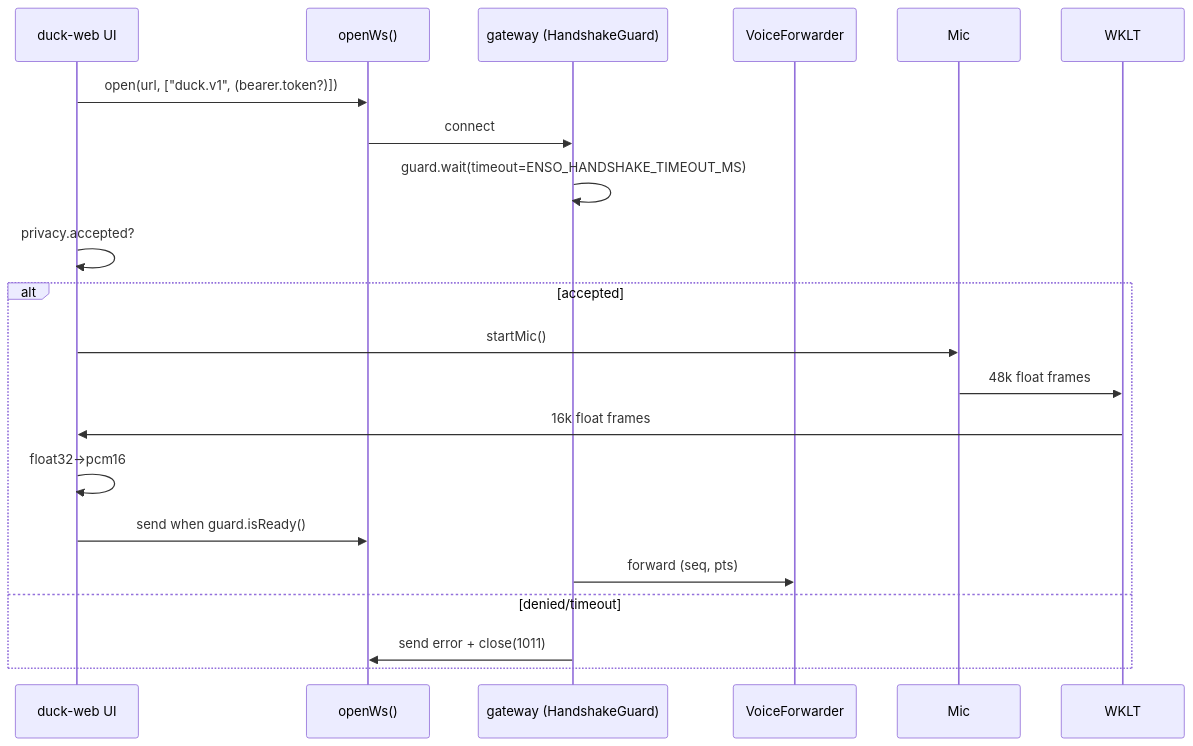
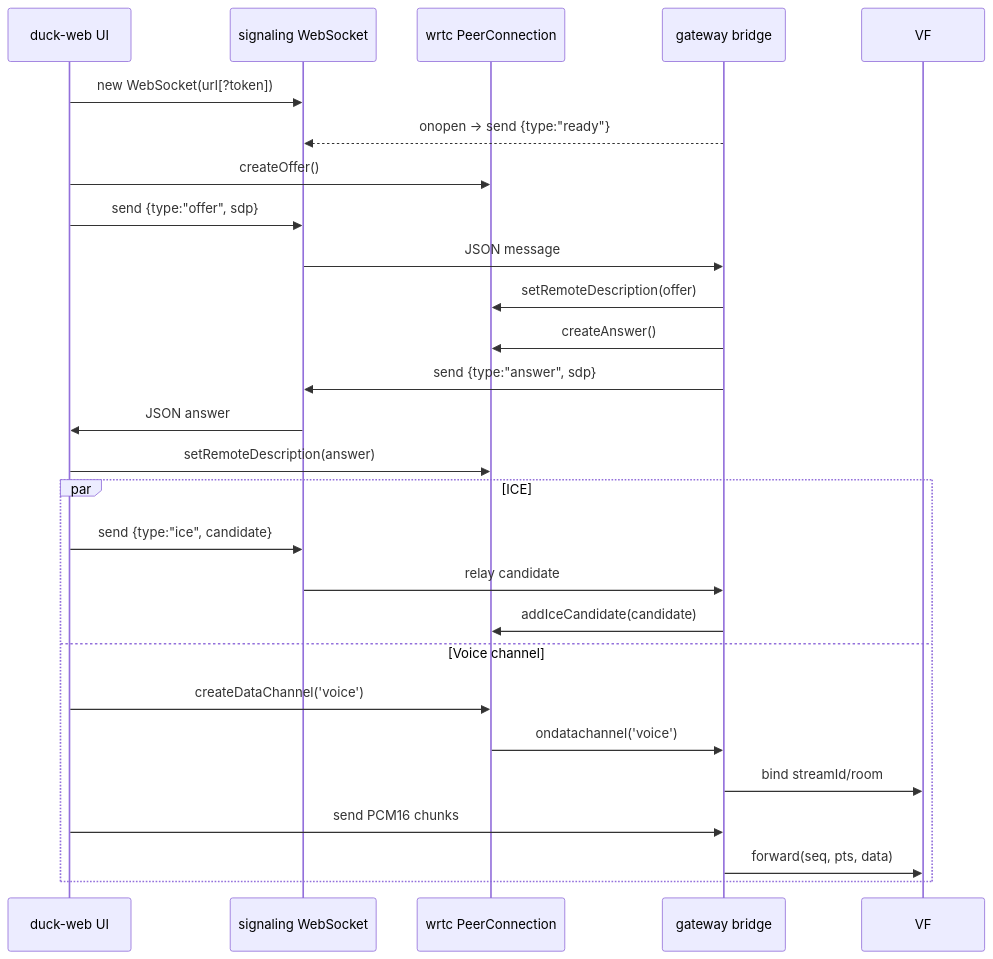
One commit to octave-commons/promethean changed the second of 4 diagrams in docs/diagrams/duck-revival-overview.md. Above: the diagram before and after it, drawn with Mermaid. The commit also changed other lines of this file and 6 other files, not shown here.

Commit message:
docs: sync duck-revival voice pipeline

````diff
--- a/docs/diagrams/duck-revival-overview.md
+++ b/docs/diagrams/duck-revival-overview.md
@@ -30,22 +34,29 @@
 ```mermaid
 sequenceDiagram
   participant UI as duck-web UI
-  participant WS as openWs()
-  participant GW as gateway (HandshakeGuard)
-  participant VF as VoiceForwarder
+  participant WS as signaling WebSocket
+  participant PC as wrtc PeerConnection
+  participant GW as gateway bridge
 
-  UI->>WS: open(url, ["duck.v1", (bearer.token?)])
-  WS->>GW: connect
-  GW->>GW: guard.wait(timeout=ENSO_HANDSHAKE_TIMEOUT_MS)
-  UI->>UI: privacy.accepted?
-  alt accepted
-    UI->>Mic: startMic()
-    Mic->>WKLT: 48k float frames
-    WKLT->>UI: 16k float frames
-    UI->>UI: float32→pcm16
-    UI->>WS: send when guard.isReady()
-    GW->>VF: forward (seq, pts)
-  else denied/timeout
-    GW->>WS: send error + close(1011)
+  UI->>WS: new WebSocket(url[?token])
+  GW-->>WS: onopen → send {type:"ready"}
+  UI->>PC: createOffer()
+  UI->>WS: send {type:"offer", sdp}
+  WS->>GW: JSON message
+  GW->>PC: setRemoteDescription(offer)
+  GW->>PC: createAnswer()
+  GW->>WS: send {type:"answer", sdp}
+  WS->>UI: JSON answer
+  UI->>PC: setRemoteDescription(answer)
+  par ICE
+    UI->>WS: send {type:"ice", candidate}
+    WS->>GW: relay candidate
+    GW->>PC: addIceCandidate(candidate)
+  and Voice channel
+    UI->>PC: createDataChannel('voice')
+    PC->>GW: ondatachannel('voice')
+    GW->>VF: bind streamId/room
+    UI->>GW: send PCM16 chunks
+    GW->>VF: forward(seq, pts, data)
   end
 ```
````
